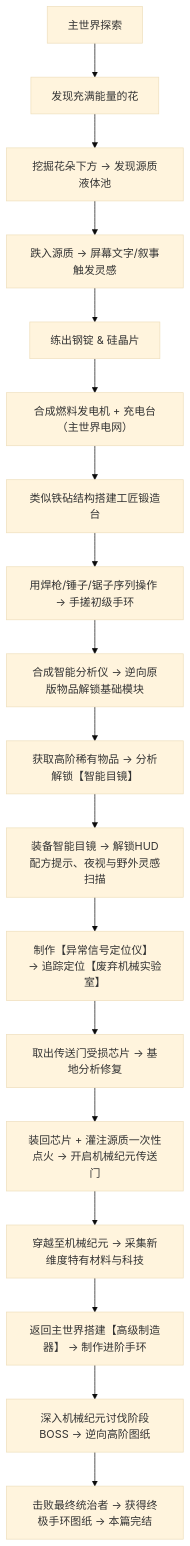
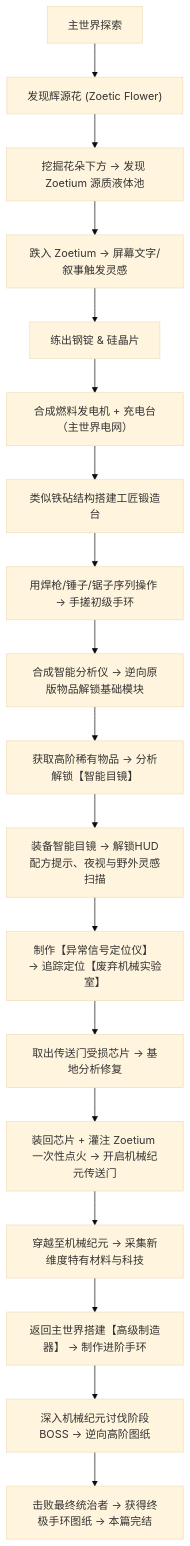
The diagram in docs/mechanized_development_plan.md (Rovitas/Mechanized), drawn with Mermaid (base theme) before and after one commit. The commit also changed other lines of this file, not shown here.

First line of the commit message:
docs: integrate zoetium lore, zoetic flower mechanics, and ModConfig system

````diff
--- a/docs/mechanized_development_plan.md
+++ b/docs/mechanized_development_plan.md
@@ -61,20 +62,20 @@
 ```mermaid
 flowchart TD
-    A["主世界探索"] --> B["发现充满能量的花"]
-    B --> C["挖掘花朵下方 → 发现源质液体池"]
-    C --> D["跌入源质 → 屏幕文字/叙事触发灵感"]
+    A["主世界探索"] --> B["发现辉源花 (Zoetic Flower)"]
+    B --> C["挖掘花朵下方 → 发现 Zoetium 源质液体池"]
+    C --> D["跌入 Zoetium → 屏幕文字/叙事触发灵感"]
     D --> E["练出钢锭 & 硅晶片"]
     E --> E2["合成燃料发电机 + 充电台（主世界电网）"]
     E2 --> F["类似铁砧结构搭建工匠锻造台"]
     F --> G["用焊枪/锤子/锯子序列操作 → 手搓初级手环"]
     G --> H["合成智能分析仪 → 逆向原版物品解锁基础模块"]
     H --> I["获取高阶稀有物品 → 分析解锁【智能目镜】"]
     I --> J["装备智能目镜 → 解锁HUD配方提示、夜视与野外灵感扫描"]
     J --> K["制作【异常信号定位仪】 → 追踪定位【废弃机械实验室】"]
     K --> L["取出传送门受损芯片 → 基地分析修复"]
-    L --> M["装回芯片 + 灌注源质一次性点火 → 开启机械纪元传送门"]
+    L --> M["装回芯片 + 灌注 Zoetium 一次性点火 → 开启机械纪元传送门"]
     M --> N["穿越至机械纪元 → 采集新维度特有材料与科技"]
     N --> O["返回主世界搭建【高级制造器】 → 制作进阶手环"]
     O --> P["深入机械纪元讨伐阶段BOSS → 逆向高阶图纸"]
     P --> Q["击败最终统治者 → 获得终极手环图纸 → 本篇完结"]
 ```
````
